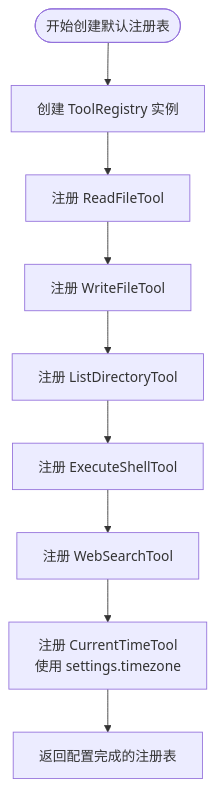
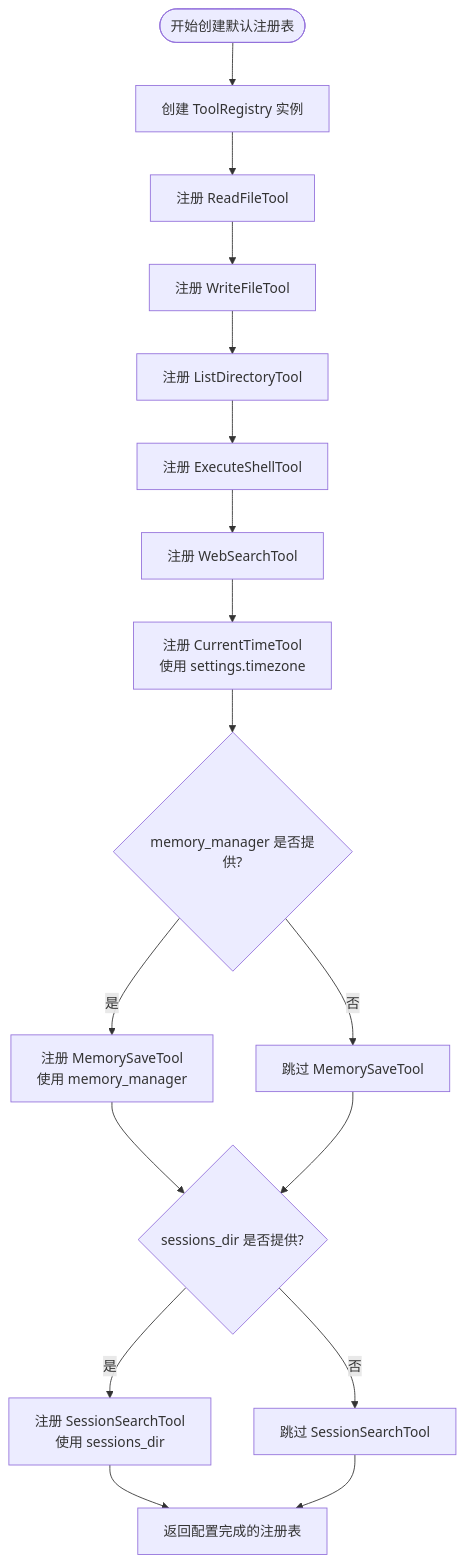
The fifth of 11 diagrams in .qoder/repowiki/zh/content/核心模块详解/工具系统架构.md (250shiwo/MySmallAgent), drawn with Mermaid before and after one commit. The commit also changed other lines of this file and 41 other files, not shown here.

````diff
--- a/.qoder/repowiki/zh/content/核心模块详解/工具系统架构.md
+++ b/.qoder/repowiki/zh/content/核心模块详解/工具系统架构.md
@@ -334,11 +397,19 @@
 ```mermaid
 flowchart TD
 Start([开始创建默认注册表]) --> CreateRegistry[创建 ToolRegistry 实例]
 CreateRegistry --> RegisterReadFile[注册 ReadFileTool]
 RegisterReadFile --> RegisterWriteFile[注册 WriteFileTool]
 RegisterWriteFile --> RegisterListDir[注册 ListDirectoryTool]
 RegisterListDir --> RegisterShellExec[注册 ExecuteShellTool]
 RegisterShellExec --> RegisterWebSearch[注册 WebSearchTool]
 RegisterWebSearch --> RegisterCurrentTime[注册 CurrentTimeTool<br/>使用 settings.timezone]
-RegisterCurrentTime --> ReturnRegistry[返回配置完成的注册表]
+RegisterCurrentTime --> CheckMemory{memory_manager 是否提供?}
+CheckMemory --> |是| RegisterMemorySave[注册 MemorySaveTool<br/>使用 memory_manager]
+CheckMemory --> |否| SkipMemorySave[跳过 MemorySaveTool]
+RegisterMemorySave --> CheckSessions{sessions_dir 是否提供?}
+SkipMemorySave --> CheckSessions
+CheckSessions --> |是| RegisterSessionSearch[注册 SessionSearchTool<br/>使用 sessions_dir]
+CheckSessions --> |否| SkipSessionSearch[跳过 SessionSearchTool]
+RegisterSessionSearch --> ReturnRegistry[返回配置完成的注册表]
+SkipSessionSearch --> ReturnRegistry
 ```
````
